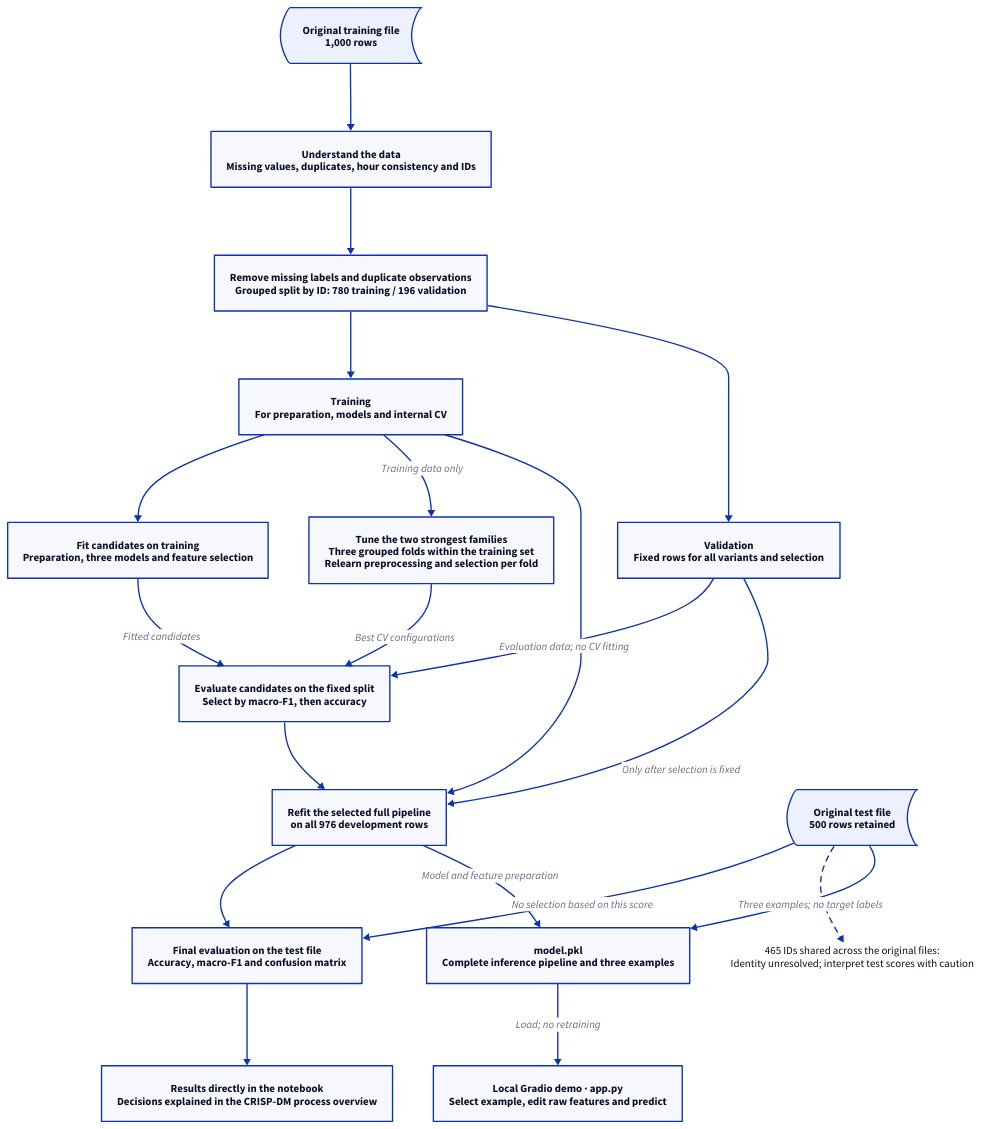
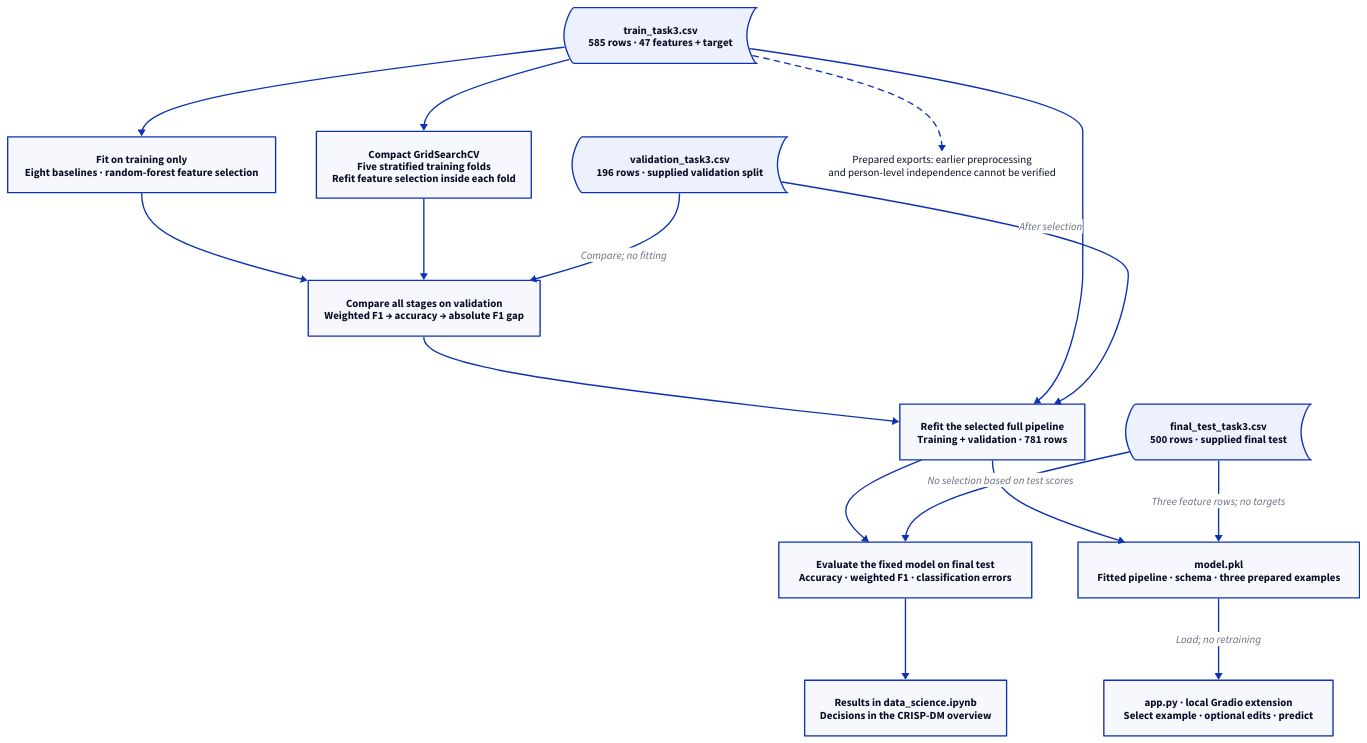
Before and after one commit to crnly/data-science-module-s4: the diagram in docs/architecture.d2, drawn with D2. The commit also changed 13 other files, not shown here.

Commit message:
Align analysis with the three original semester datasets

```diff
--- a/docs/architecture.d2
+++ b/docs/architecture.d2
@@ -1,37 +1,29 @@
 vars: {d2-config: {layout-engine: dagre; theme-id: 0}}
 direction: down
-raw: "Original training file\n1,000 rows" {shape: stored_data}
-audit: "Understand the data\nMissing values, duplicates, hour consistency and IDs"
-prepare: "Remove missing labels and duplicate observations\nGrouped split by ID: 780 training / 196 validation"
-train: "Training\nFor preparation, models and internal CV"
-validation: "Validation\nFixed rows for all variants and selection"
-experiments: "Fit candidates on training\nPreparation, three models and feature selection"
-tuning: "Tune the two strongest families\nThree grouped folds within the training set\nRelearn preprocessing and selection per fold"
-choose: "Evaluate candidates on the fixed split\nSelect by macro-F1, then accuracy"
-refit: "Refit the selected full pipeline\non all 976 development rows"
-test: "Original test file\n500 rows retained" {shape: stored_data}
-evaluation: "Final evaluation on the test file\nAccuracy, macro-F1 and confusion matrix"
-output: "Results directly in the notebook\nDecisions explained in the CRISP-DM process overview"
-raw -> audit -> prepare
-prepare -> train
-prepare -> validation
+train: "train_task3.csv\n585 rows · 47 features + target" {shape: stored_data}
+validation: "validation_task3.csv\n196 rows · supplied validation split" {shape: stored_data}
+test: "final_test_task3.csv\n500 rows · supplied final test" {shape: stored_data}
+experiments: "Fit on training only\nEight baselines · random-forest feature selection"
+tuning: "Compact GridSearchCV\nFive stratified training folds\nRefit feature selection inside each fold"
+choose: "Compare all stages on validation\nWeighted F1 → accuracy → absolute F1 gap"
+refit: "Refit the selected full pipeline\nTraining + validation · 781 rows"
+evaluation: "Evaluate the fixed model on final test\nAccuracy · weighted F1 · classification errors"
+results: "Results in data_science.ipynb\nDecisions in the CRISP-DM overview"
+artifact: "model.pkl\nFitted pipeline · schema · three prepared examples"
+app: "app.py · local Gradio extension\nSelect example · optional edits · predict"
 train -> experiments
-train -> tuning: "Training data only"
-experiments -> choose: "Fitted candidates"
-tuning -> choose: "Best CV configurations"
-validation -> choose: "Evaluation data; no CV fitting"
+train -> tuning
+experiments -> choose
+tuning -> choose
+validation -> choose: "Compare; no fitting"
 choose -> refit
 train -> refit
-validation -> refit: "Only after selection is fixed"
+validation -> refit: "After selection"
 refit -> evaluation
-test -> evaluation: "No selection based on this score"
-evaluation -> output
-note: "465 IDs shared across the original files:\nIdentity unresolved; interpret test scores with caution" {
-  shape: text
-}
-test -> note {style.stroke-dash: 4}
-artifact: "model.pkl\nComplete inference pipeline and three examples"
-app: "Local Gradio demo · app.py\nSelect example, edit raw features and predict"
-refit -> artifact: "Model and feature preparation"
-test -> artifact: "Three examples; no target labels"
+test -> evaluation: "No selection based on test scores"
+evaluation -> results
+refit -> artifact
+test -> artifact: "Three feature rows; no targets"
 artifact -> app: "Load; no retraining"
+note: "Prepared exports: earlier preprocessing\nand person-level independence cannot be verified" {shape: text}
+train -> note {style.stroke-dash: 4}
```
